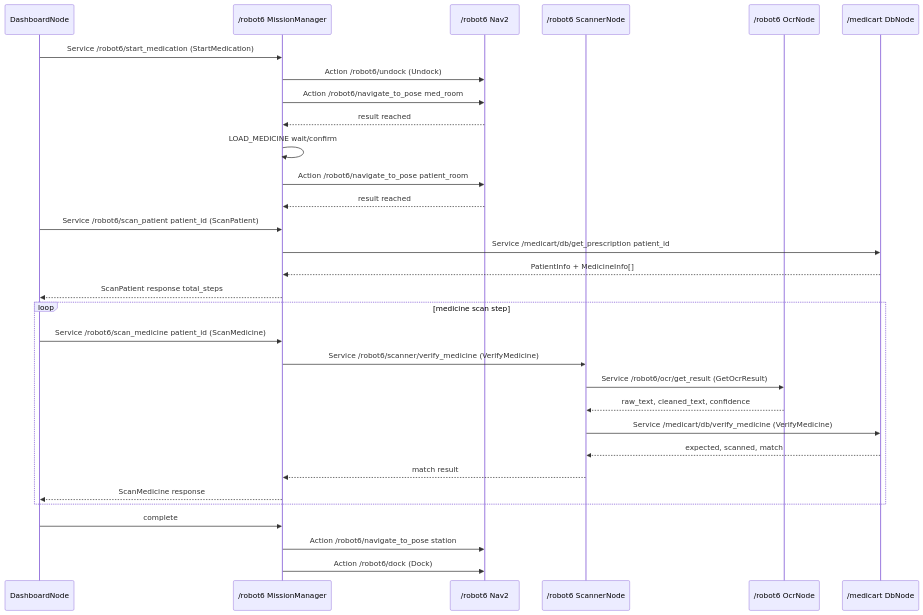
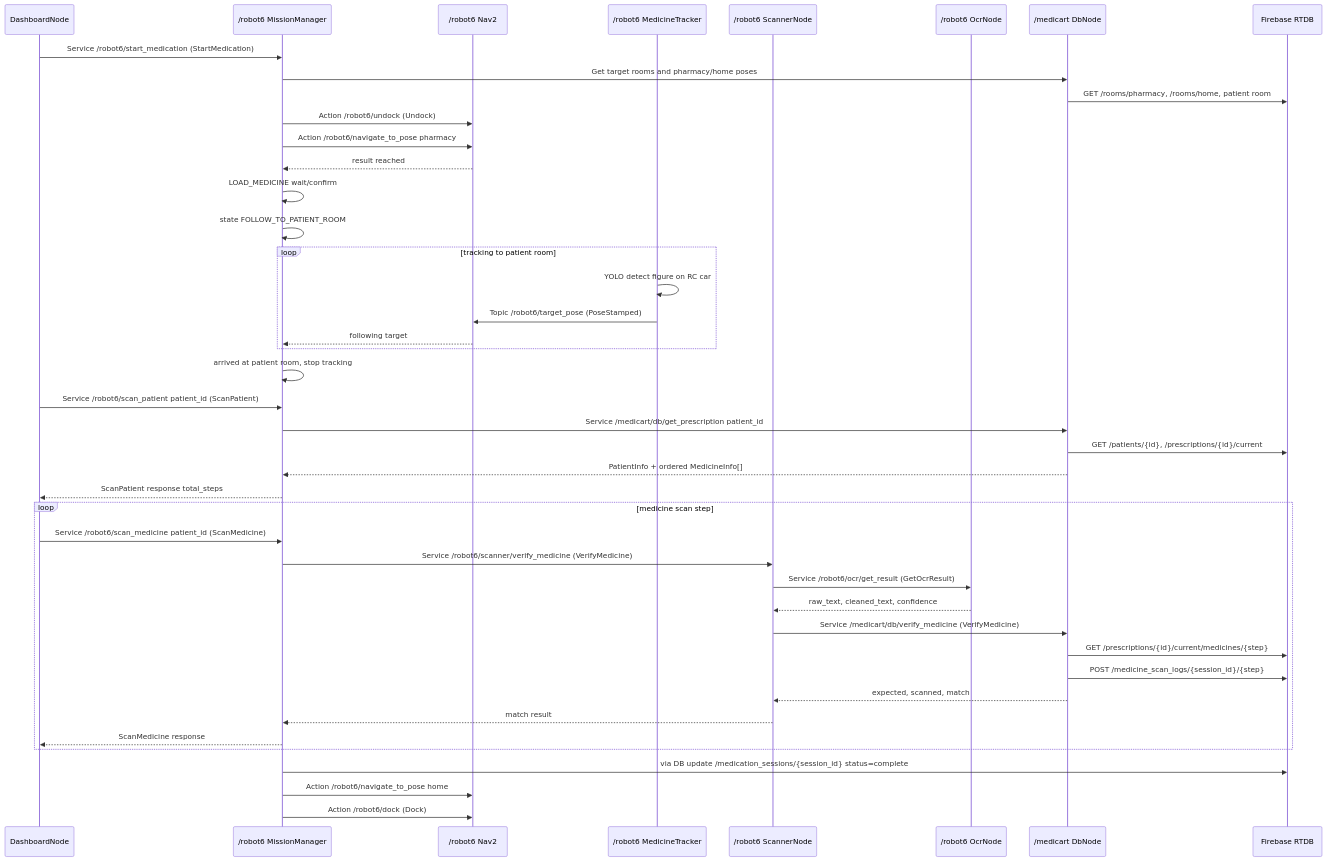
Before and after one commit to yevettee/MediCart: the fourth of 5 diagrams in docs/architecture/05_multi_robot_system_architecture.md, drawn with Mermaid. The commit also changed other lines of this file and 2 other files, not shown here.

````diff
--- a/docs/architecture/05_multi_robot_system_architecture.md
+++ b/docs/architecture/05_multi_robot_system_architecture.md
@@ -401,37 +874,49 @@
 ```mermaid
 sequenceDiagram
     participant UI as DashboardNode
     participant MM as /robot6 MissionManager
     participant NAV as /robot6 Nav2
+    participant TRK as /robot6 MedicineTracker
     participant SC as /robot6 ScannerNode
     participant OCR as /robot6 OcrNode
     participant DB as /medicart DbNode
+    participant RTDB as Firebase RTDB
 
     UI->>MM: Service /robot6/start_medication (StartMedication)
+    MM->>DB: Get target rooms and pharmacy/home poses
+    DB->>RTDB: GET /rooms/pharmacy, /rooms/home, patient room
     MM->>NAV: Action /robot6/undock (Undock)
-    MM->>NAV: Action /robot6/navigate_to_pose med_room
+    MM->>NAV: Action /robot6/navigate_to_pose pharmacy
     NAV-->>MM: result reached
     MM->>MM: LOAD_MEDICINE wait/confirm
-    MM->>NAV: Action /robot6/navigate_to_pose patient_room
-    NAV-->>MM: result reached
+    MM->>MM: state FOLLOW_TO_PATIENT_ROOM
+    loop tracking to patient room
+        TRK->>TRK: YOLO detect figure on RC car
+        TRK->>NAV: Topic /robot6/target_pose (PoseStamped)
+        NAV-->>MM: following target
+    end
+    MM->>MM: arrived at patient room, stop tracking
 
     UI->>MM: Service /robot6/scan_patient patient_id (ScanPatient)
     MM->>DB: Service /medicart/db/get_prescription patient_id
-    DB-->>MM: PatientInfo + MedicineInfo[]
+    DB->>RTDB: GET /patients/{id}, /prescriptions/{id}/current
+    DB-->>MM: PatientInfo + ordered MedicineInfo[]
     MM-->>UI: ScanPatient response total_steps
 
     loop medicine scan step
         UI->>MM: Service /robot6/scan_medicine patient_id (ScanMedicine)
         MM->>SC: Service /robot6/scanner/verify_medicine (VerifyMedicine)
         SC->>OCR: Service /robot6/ocr/get_result (GetOcrResult)
         OCR-->>SC: raw_text, cleaned_text, confidence
         SC->>DB: Service /medicart/db/verify_medicine (VerifyMedicine)
+        DB->>RTDB: GET /prescriptions/{id}/current/medicines/{step}
+        DB->>RTDB: POST /medicine_scan_logs/{session_id}/{step}
         DB-->>SC: expected, scanned, match
         SC-->>MM: match result
         MM-->>UI: ScanMedicine response
     end
 
-    UI->>MM: complete
-    MM->>NAV: Action /robot6/navigate_to_pose station
+    MM->>RTDB: via DB update /medication_sessions/{session_id} status=complete
+    MM->>NAV: Action /robot6/navigate_to_pose home
     MM->>NAV: Action /robot6/dock (Dock)
 ```
````
